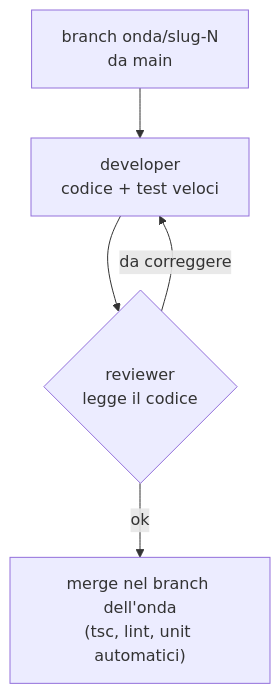
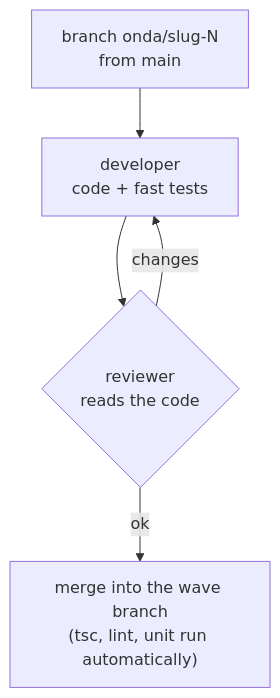
The second of 3 diagrams in lite/FLUSSO.md (FCabiddu/pocket-it), drawn with Mermaid before and after one commit. The commit also changed other lines of this file and 6 other files, not shown here.

````diff
--- a/lite/FLUSSO.md
+++ b/lite/FLUSSO.md
@@ -22,7 +22,7 @@
 ```mermaid
 flowchart TD
-    B["branch onda/slug-N<br/>da main"] --> D["developer<br/>codice + test veloci"]
-    D --> R{"reviewer<br/>legge il codice"}
-    R -- "da correggere" --> D
-    R -- "ok" --> P["merge nel branch dell'onda<br/>(tsc, lint, unit automatici)"]
+    B["branch onda/slug-N<br/>from main"] --> D["developer<br/>code + fast tests"]
+    D --> R{"reviewer<br/>reads the code"}
+    R -- "changes" --> D
+    R -- "ok" --> P["merge into the wave branch<br/>(tsc, lint, unit run automatically)"]
 ```
````
